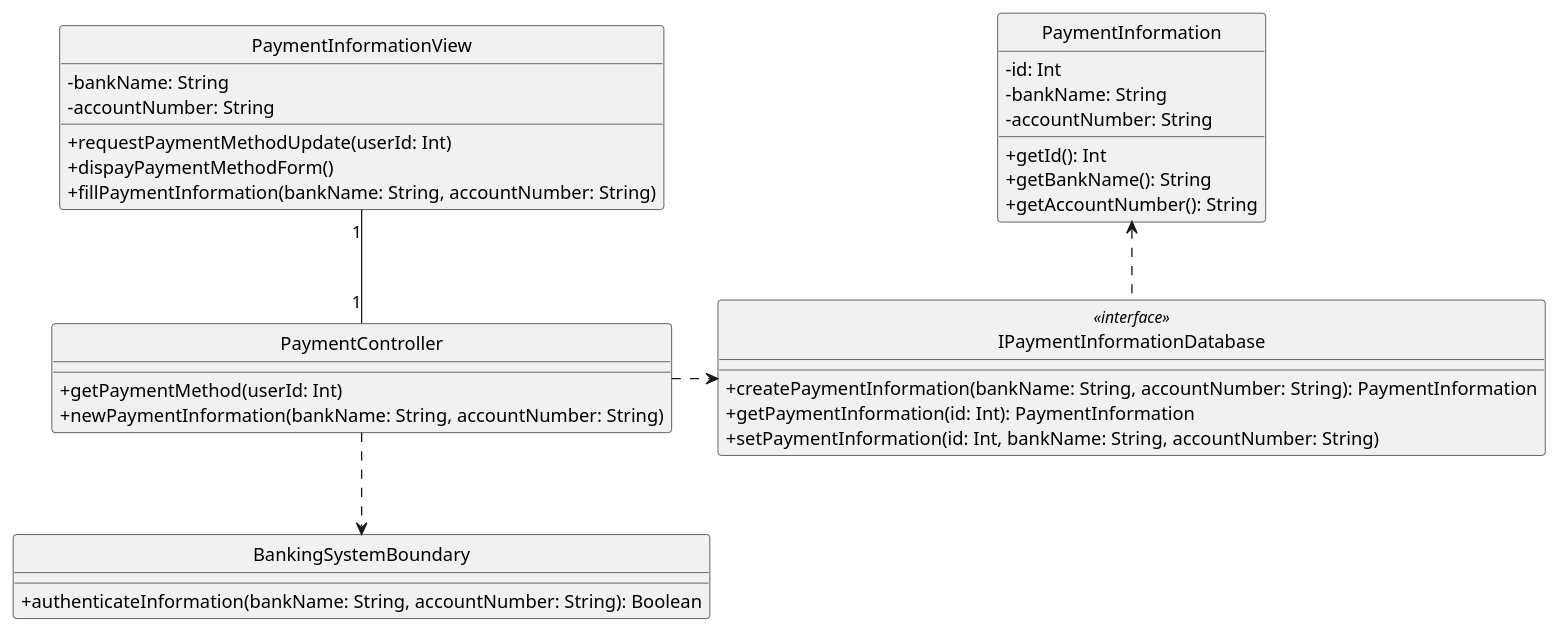
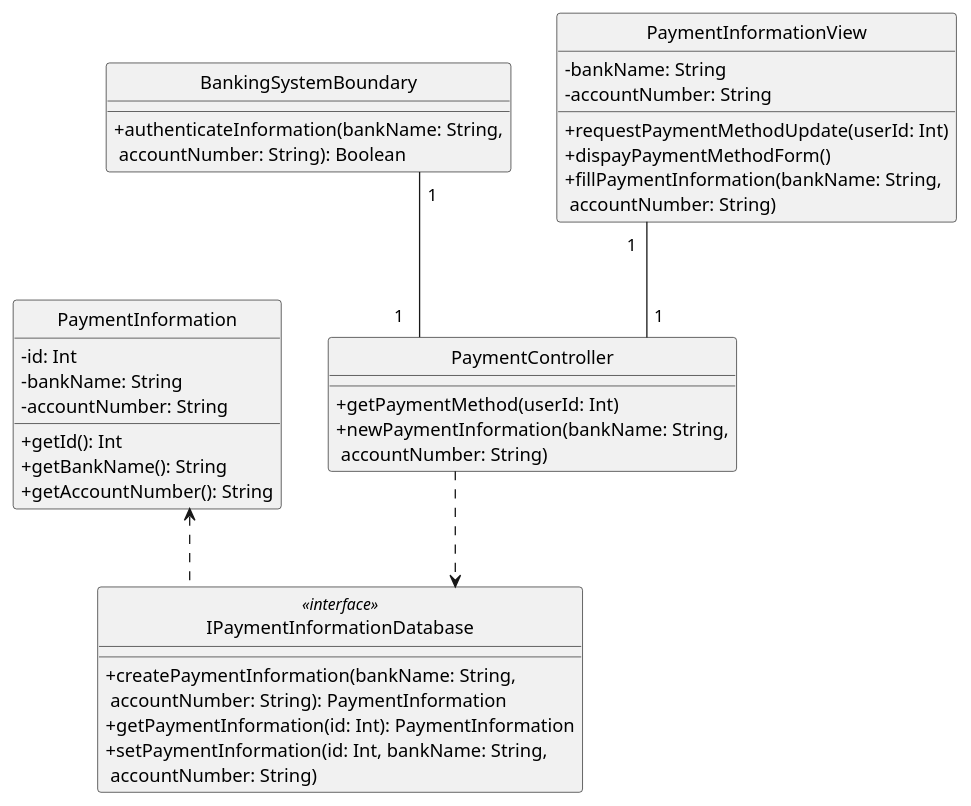
Before and after one commit to anhbanlinhle/velocity-exchange: the diagram in uml/design/class/linh/update_payment_information.pu, drawn with PlantUML. The commit also changed 5 other files, not shown here.

```diff
--- a/uml/design/class/linh/update_payment_information.pu
+++ b/uml/design/class/linh/update_payment_information.pu
@@ -1,48 +1,48 @@
 @startuml 
 skinparam classAttributeIconSize 0
 skinparam linetype ortho
 hide circle
 class PaymentInformationView {
     - bankName: String
     - accountNumber: String
 
     + requestPaymentMethodUpdate(userId: Int)
     + dispayPaymentMethodForm()
-    + fillPaymentInformation(bankName: String, accountNumber: String)
+    + fillPaymentInformation(bankName: String,\n accountNumber: String)
 
     }
 
 class PaymentController {
     + getPaymentMethod(userId: Int)
-    + newPaymentInformation(bankName: String, accountNumber: String)
+    + newPaymentInformation(bankName: String,\n accountNumber: String)
     }
 
 class PaymentInformation {
     - id: Int
     - bankName: String
     - accountNumber: String
 
     + getId(): Int
     + getBankName(): String
     + getAccountNumber(): String
     }
 
 class BankingSystemBoundary {
-    + authenticateInformation(bankName: String, accountNumber: String): Boolean
+    + authenticateInformation(bankName: String,\n accountNumber: String): Boolean
     }
 
 class IPaymentInformationDatabase <<interface>> {
-    + createPaymentInformation(bankName: String, accountNumber: String): PaymentInformation
+    + createPaymentInformation(bankName: String,\n accountNumber: String): PaymentInformation
     + getPaymentInformation(id: Int): PaymentInformation
-    + setPaymentInformation(id: Int, bankName: String, accountNumber: String)
+    + setPaymentInformation(id: Int, bankName: String,\n accountNumber: String)
     }
 
-PaymentInformationView "1" -- "1" PaymentController
+PaymentInformationView "1" -d- "1" PaymentController
 
-PaymentController ..r> IPaymentInformationDatabase
+PaymentController ..d> IPaymentInformationDatabase
 
-PaymentController ..d> BankingSystemBoundary
+PaymentController "1" -u- "1" BankingSystemBoundary
 
 IPaymentInformationDatabase ..u> PaymentInformation
 
 @enduml
```
